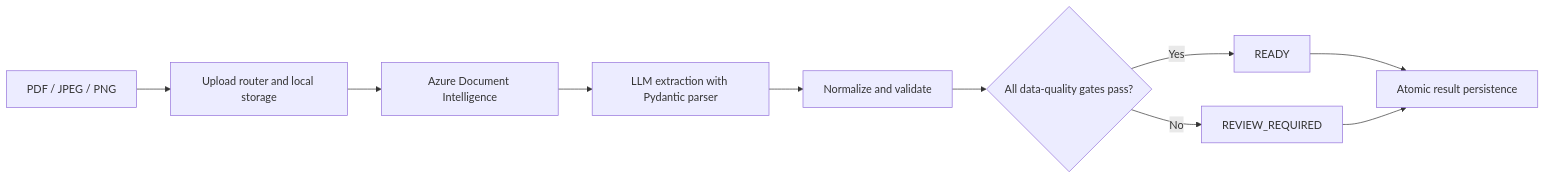
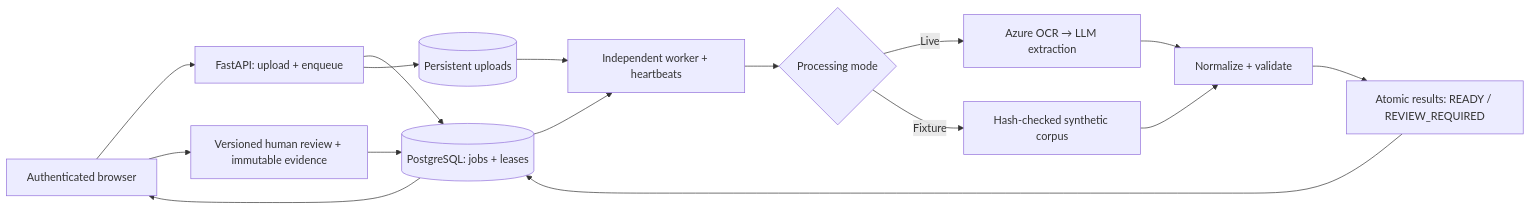
Before and after one commit to jengaWiz/Intelligent-Healthcare-Claims-system: the diagram in README.md, drawn with Mermaid. The commit also changed other lines of this file and 5 other files, not shown here.

Commit message:
docs: publish recruiter-ready local demo setup architecture and release limits

````diff
--- a/README.md
+++ b/README.md
@@ -27,12 +61,18 @@
 ```mermaid
 flowchart LR
-    A[PDF / JPEG / PNG] --> B[Upload router and local storage]
-    B --> C[Azure Document Intelligence]
-    C --> D[LLM extraction with Pydantic parser]
-    D --> E[Normalize and validate]
-    E --> F{All data-quality gates pass?}
-    F -->|Yes| G[READY]
-    F -->|No| H[REVIEW_REQUIRED]
-    G --> I[Atomic result persistence]
-    H --> I
+    UI[Authenticated browser] --> API[FastAPI: upload + enqueue]
+    API --> DB[(PostgreSQL: jobs + leases)]
+    API --> FILES[(Persistent uploads)]
+    DB --> W[Independent worker + heartbeats]
+    FILES --> W
+    W --> MODE{Processing mode}
+    MODE -->|Live| OCR[Azure OCR → LLM extraction]
+    MODE -->|Fixture| FIX[Hash-checked synthetic corpus]
+    OCR --> V[Normalize + validate]
+    FIX --> V
+    V --> R[Atomic results: READY / REVIEW_REQUIRED]
+    R --> DB
+    DB --> UI
+    UI --> REVIEW[Versioned human review + immutable evidence]
+    REVIEW --> DB
 ```
````
